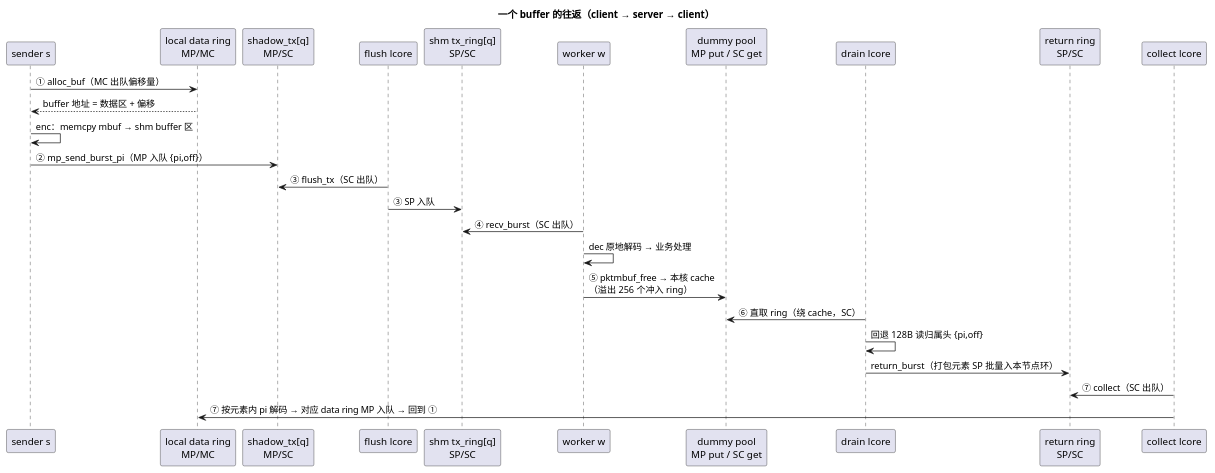
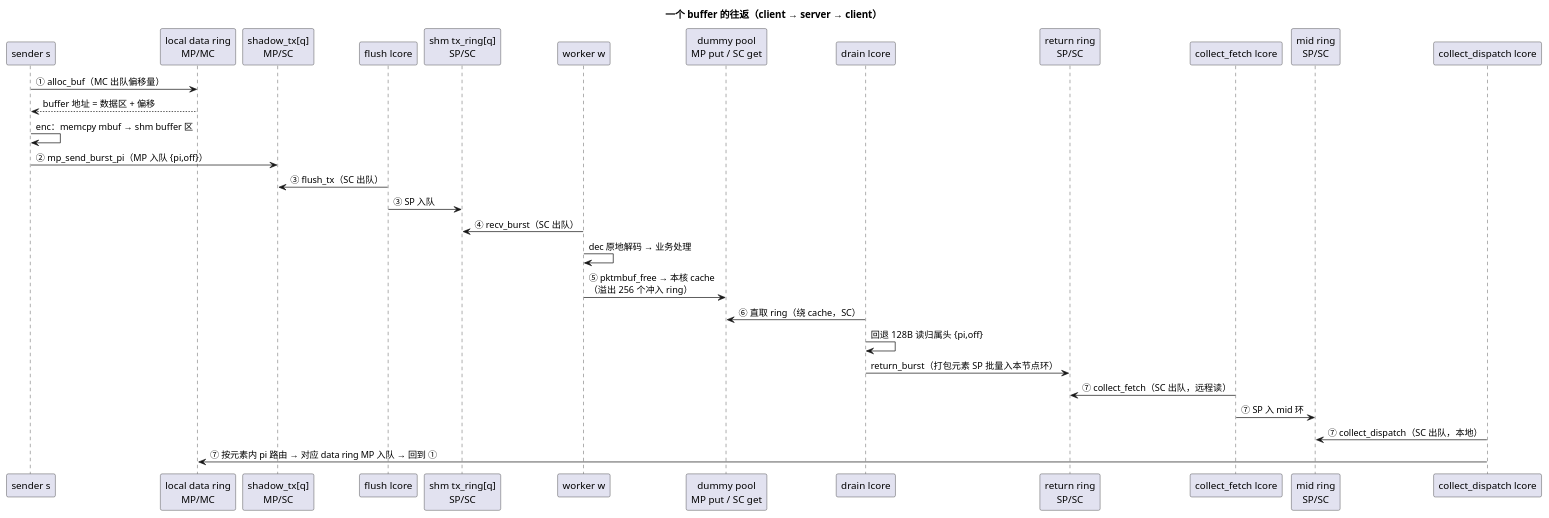
Before and after one commit to kunpengcompute/dpdk: the second of 2 diagrams in demo2/ub_ring_model.md, drawn with PlantUML. The commit also changed other lines of this file and 5 other files, not shown here.

````diff
--- a/demo2/ub_ring_model.md
+++ b/demo2/ub_ring_model.md
@@ -105,31 +107,35 @@
 ```plantuml
 @startuml
 title 一个 buffer 的往返（client → server → client）
 
 participant "sender s" as S
 participant "local data ring\nMP/MC" as LDR
 participant "shadow_tx[q]\nMP/SC" as STX
 participant "flush lcore" as F
 participant "shm tx_ring[q]\nSP/SC" as TXR
 participant "worker w" as W
 participant "dummy pool\nMP put / SC get" as D
 participant "drain lcore" as DR
 participant "return ring\nSP/SC" as RR
-participant "collect lcore" as C
+participant "collect_fetch lcore" as C
+participant "mid ring\nSP/SC" as MID
+participant "collect_dispatch lcore" as DI
 
 S -> LDR : ① alloc_buf（MC 出队偏移量）
 LDR --> S : buffer 地址 = 数据区 + 偏移
 S -> S : enc：memcpy mbuf → shm buffer 区
 S -> STX : ② mp_send_burst_pi（MP 入队 {pi,off}）
 F -> STX : ③ flush_tx（SC 出队）
 F -> TXR : ③ SP 入队
 W -> TXR : ④ recv_burst（SC 出队）
 W -> W : dec 原地解码 → 业务处理
 W -> D : ⑤ pktmbuf_free → 本核 cache\n（溢出 256 个冲入 ring）
 DR -> D : ⑥ 直取 ring（绕 cache，SC）
 DR -> DR : 回退 128B 读归属头 {pi,off}
 DR -> RR : return_burst（打包元素 SP 批量入本节点环）
-C -> RR : ⑦ collect（SC 出队）
-C -> LDR : ⑦ 按元素内 pi 解码 → 对应 data ring MP 入队 → 回到 ①
+C -> RR : ⑦ collect_fetch（SC 出队，远程读）
+C -> MID : ⑦ SP 入 mid 环
+DI -> MID : ⑦ collect_dispatch（SC 出队，本地）
+DI -> LDR : ⑦ 按元素内 pi 路由 → 对应 data ring MP 入队 → 回到 ①
 @enduml
 ```
````
